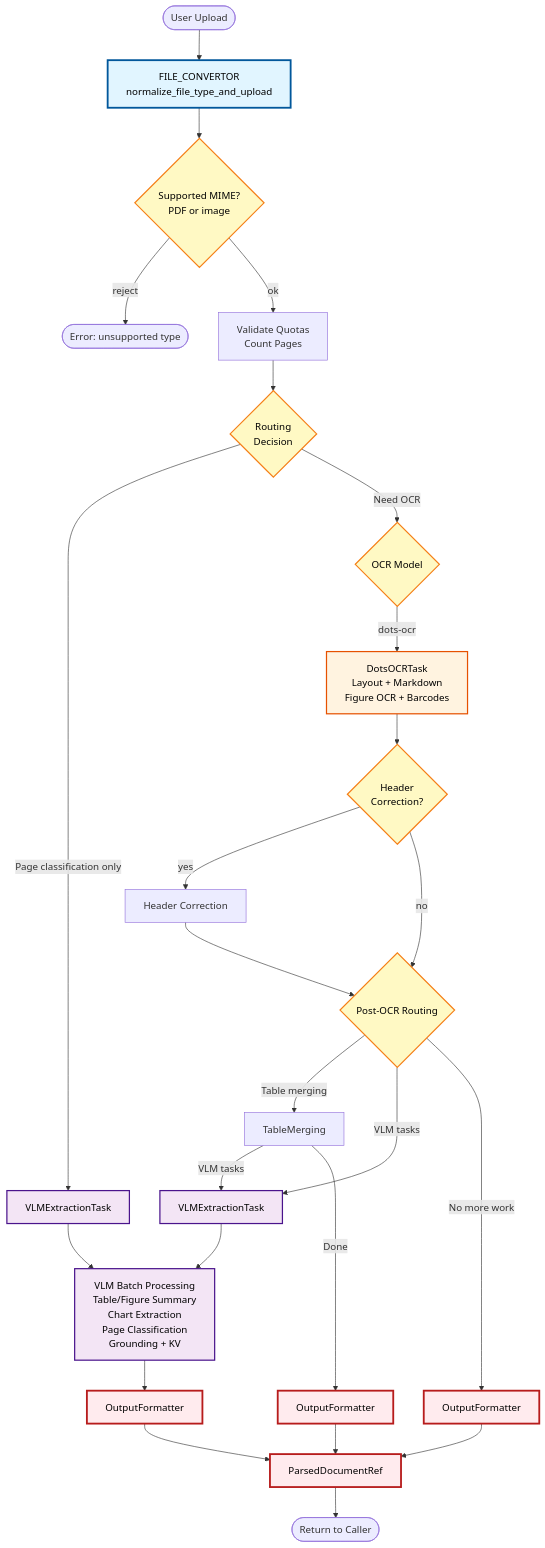
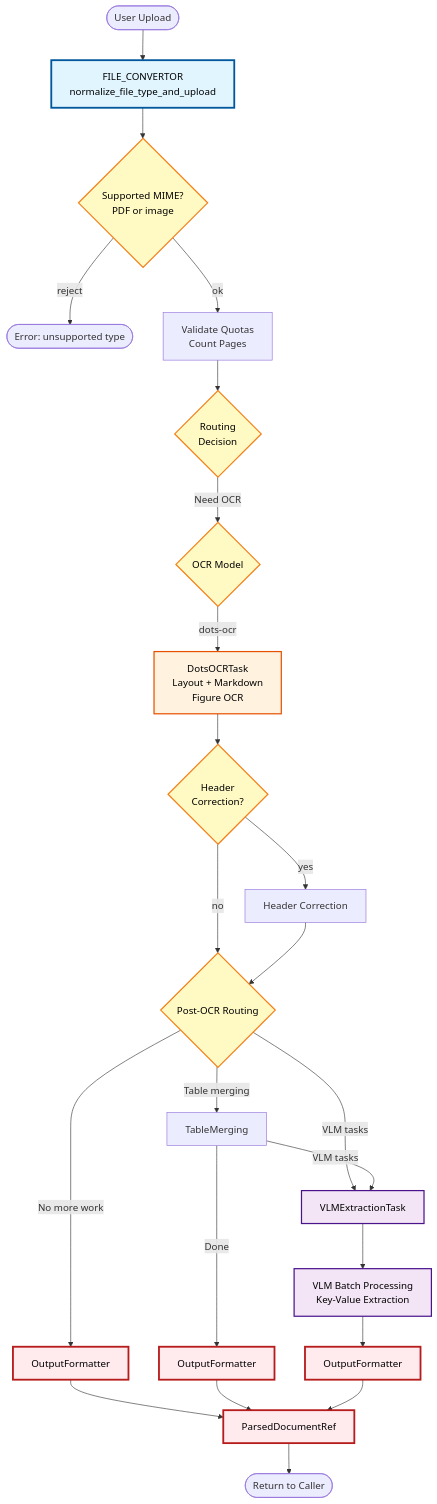
Before and after one commit to nick-wisniewski/stern-open-ingest: the first of 3 diagrams in docs/pipeline.md, drawn with Mermaid. The commit also changed other lines of this file and 23 other files, not shown here.

````diff
--- a/docs/pipeline.md
+++ b/docs/pipeline.md
@@ -13,46 +13,44 @@
 ```mermaid
 flowchart TD
     Start([User Upload]) --> FileConv[FILE_CONVERTOR<br/>normalize_file_type_and_upload]
 
     FileConv --> Validate{Supported MIME?<br/>PDF or image}
     Validate -->|reject| EndReject([Error: unsupported type])
     Validate -->|ok| ValidateQuota[Validate Quotas<br/>Count Pages]
 
     ValidateQuota --> Route{Routing<br/>Decision}
-    Route -->|Page classification only| VLMDirect[VLMExtractionTask]
     Route -->|Need OCR| OCRSelect{OCR Model}
 
-    OCRSelect -->|dots-ocr| DotsOCR[DotsOCRTask<br/>Layout + Markdown<br/>Figure OCR + Barcodes]
+    OCRSelect -->|dots-ocr| DotsOCR[DotsOCRTask<br/>Layout + Markdown<br/>Figure OCR]
     DotsOCR --> HeaderOpt{Header<br/>Correction?}
     HeaderOpt -->|yes| HeaderCorr[Header Correction]
     HeaderOpt -->|no| PostOCR
     HeaderCorr --> PostOCR{Post-OCR Routing}
 
     PostOCR -->|Table merging| TableMerging[TableMerging]
     PostOCR -->|VLM tasks| VLMTask[VLMExtractionTask]
     PostOCR -->|No more work| OutOCR[OutputFormatter]
 
     TableMerging -->|VLM tasks| VLMTask
     TableMerging -->|Done| OutTable[OutputFormatter]
 
-    VLMDirect --> VLMProcess[VLM Batch Processing<br/>Table/Figure Summary<br/>Chart Extraction<br/>Page Classification<br/>Grounding + KV]
-    VLMTask --> VLMProcess
+    VLMTask --> VLMProcess[VLM Batch Processing<br/>Key-Value Extraction]
     VLMProcess --> OutVLM[OutputFormatter]
 
     OutOCR --> Final[ParsedDocumentRef]
     OutTable --> Final
     OutVLM --> Final
     Final --> End([Return to Caller])
 
     classDef entry fill:#e1f5ff,stroke:#01579b,stroke-width:3px,color:#000
     classDef ocr fill:#fff3e0,stroke:#e65100,stroke-width:2px,color:#000
     classDef vlm fill:#f3e5f5,stroke:#4a148c,stroke-width:2px,color:#000
     classDef output fill:#ffebee,stroke:#b71c1c,stroke-width:3px,color:#000
     classDef decision fill:#fff9c4,stroke:#f57f17,stroke-width:2px,color:#000
 
     class FileConv entry
     class DotsOCR ocr
-    class VLMDirect,VLMTask,VLMProcess vlm
+    class VLMTask,VLMProcess vlm
     class OutOCR,OutTable,OutVLM,Final output
     class Validate,Route,OCRSelect,HeaderOpt,PostOCR decision
 ```
````
